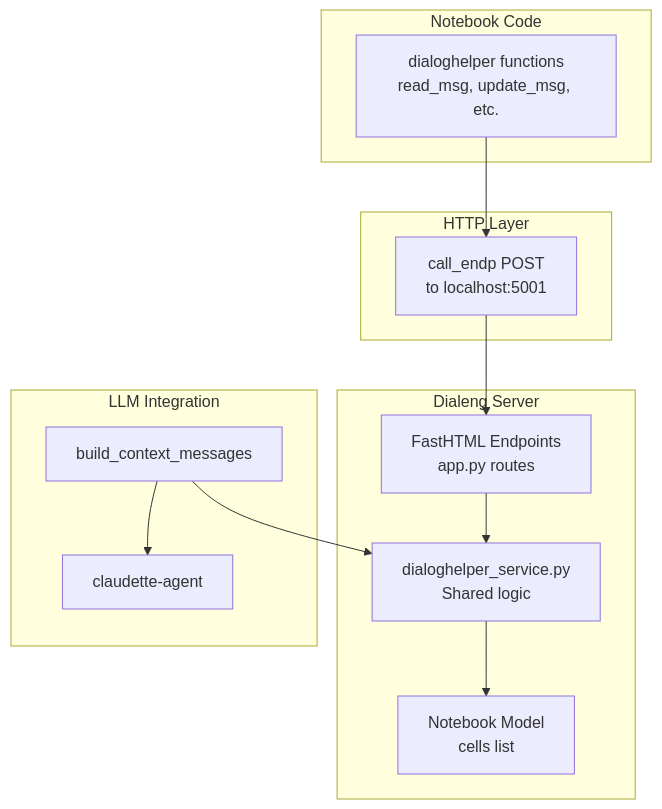
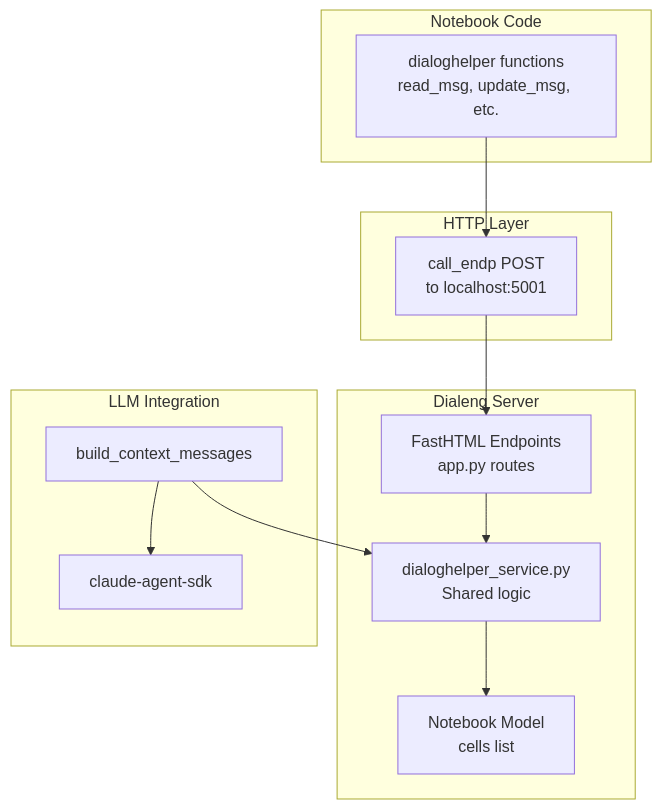
The first of 9 diagrams in docs/how_it_works/05_dialoghelper_integration.md (sgaseretto/solveish), drawn with Mermaid before and after one commit. The commit also changed 33 other files, not shown here.

````diff
--- a/docs/how_it_works/05_dialoghelper_integration.md
+++ b/docs/how_it_works/05_dialoghelper_integration.md
@@ -50,28 +50,28 @@
 ```mermaid
 flowchart TB
     subgraph "Notebook Code"
         DH[dialoghelper functions<br/>read_msg, update_msg, etc.]
     end
 
     subgraph "HTTP Layer"
         CE[call_endp POST<br/>to localhost:5001]
     end
 
     subgraph "Dialeng Server"
         EP[FastHTML Endpoints<br/>app.py routes]
         SVC[dialoghelper_service.py<br/>Shared logic]
         NB[Notebook Model<br/>cells list]
     end
 
     subgraph "LLM Integration"
         CTX[build_context_messages]
-        LLM[claudette-agent]
+        LLM[claude-agent-sdk]
     end
 
     DH --> CE
     CE --> EP
     EP --> SVC
     SVC --> NB
     CTX --> SVC
     CTX --> LLM
 ```
````
